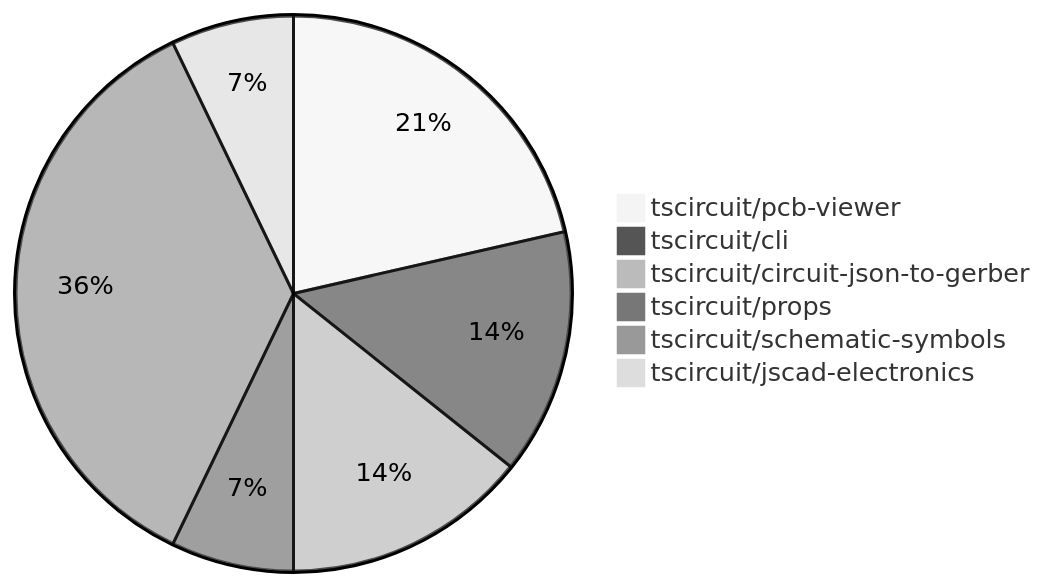
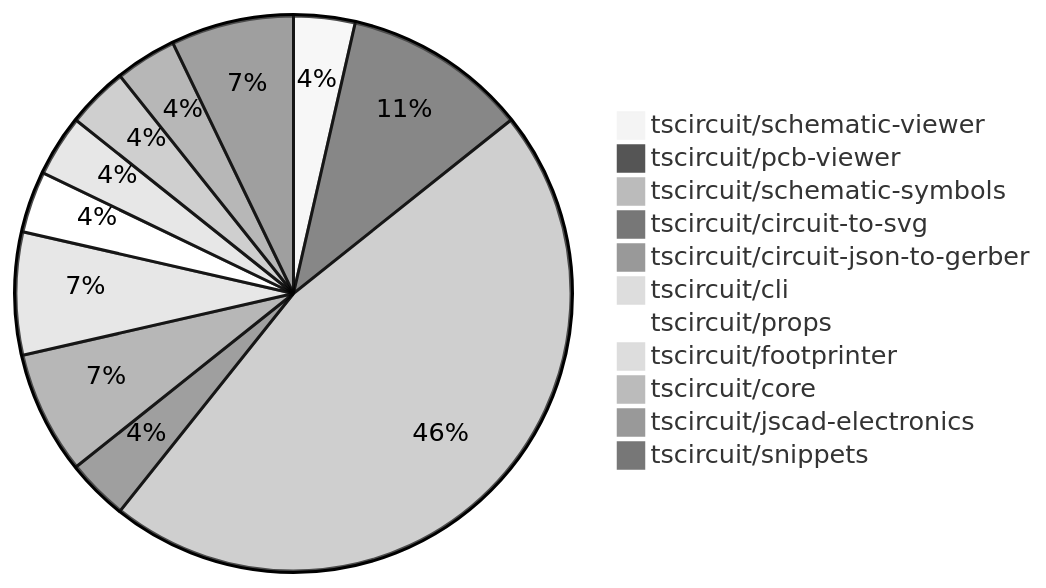
The diagram in README.md (tscircuit/contribution-tracker), drawn with Mermaid (neutral theme) before and after one commit. The commit also changed other lines of this file and 1 other file, not shown here.

````diff
--- a/README.md
+++ b/README.md
@@ -24,9 +24,14 @@
 ```mermaid
 pie
+    "tscircuit/schematic-viewer" : 1
     "tscircuit/pcb-viewer" : 3
+    "tscircuit/schematic-symbols" : 13
+    "tscircuit/circuit-to-svg" : 1
+    "tscircuit/circuit-json-to-gerber" : 2
     "tscircuit/cli" : 2
-    "tscircuit/circuit-json-to-gerber" : 2
     "tscircuit/props" : 1
-    "tscircuit/schematic-symbols" : 5
+    "tscircuit/footprinter" : 1
+    "tscircuit/core" : 1
     "tscircuit/jscad-electronics" : 1
+    "tscircuit/snippets" : 2
 ```
````
